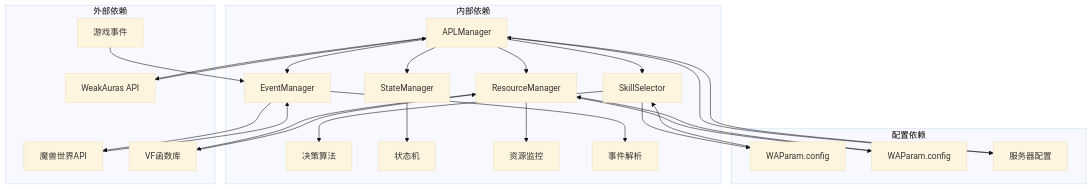
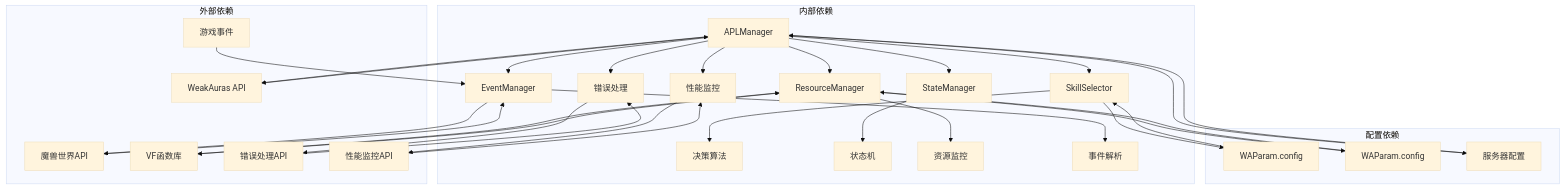
Before and after one commit to q89277718/WOW-For-MRF: the eighth of 8 diagrams in .qoder/repowiki/zh/content/技术架构/技术架构.md, drawn with Mermaid (base theme). The commit also changed other lines of this file and 61 other files, not shown here.

````diff
--- a/.qoder/repowiki/zh/content/技术架构/技术架构.md
+++ b/.qoder/repowiki/zh/content/技术架构/技术架构.md
@@ -324,30 +377,36 @@
 ```mermaid
 graph TB
 subgraph "内部依赖"
 A[APLManager] --> B[EventManager]
 A --> C[SkillSelector]
 A --> D[StateManager]
 A --> E[ResourceManager]
 C --> F[决策算法]
 D --> G[状态机]
 E --> H[资源监控]
 B --> I[事件解析]
+A --> J[错误处理]
+A --> K[性能监控]
 end
 subgraph "外部依赖"
-J[WeakAuras API] --> A
-K[魔兽世界API] --> B
-L[VF函数库] --> E
-M[游戏事件] --> B
+L[WeakAuras API] --> A
+M[魔兽世界API] --> B
+N[VF函数库] --> E
+O[游戏事件] --> B
+P[错误处理API] --> J
+Q[性能监控API] --> K
 end
 subgraph "配置依赖"
-N[WAParam.config] --> C
-O[WAParam.config] --> E
-P[服务器配置] --> A
+R[WAParam.config] --> C
+S[WAParam.config] --> E
+T[服务器配置] --> A
 end
-A --> J
-B --> K
-E --> L
-C --> N
-E --> O
-A --> P
+A --> L
+B --> M
+E --> N
+C --> R
+E --> S
+A --> T
+J --> P
+K --> Q
 ```
````
